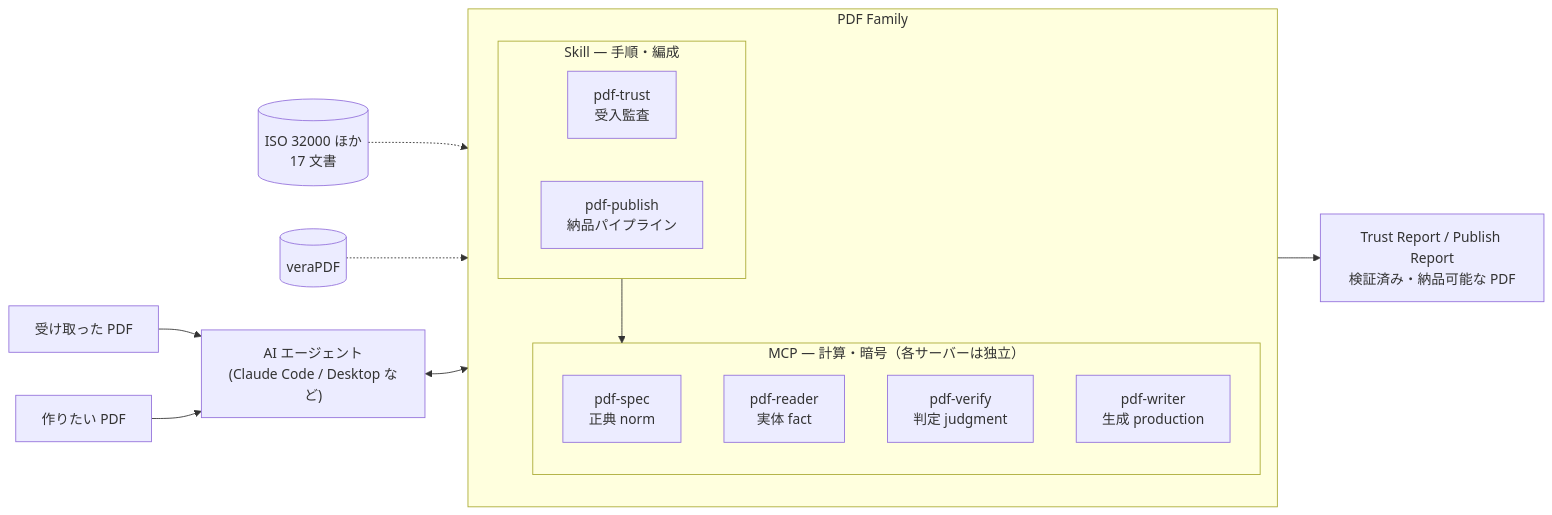
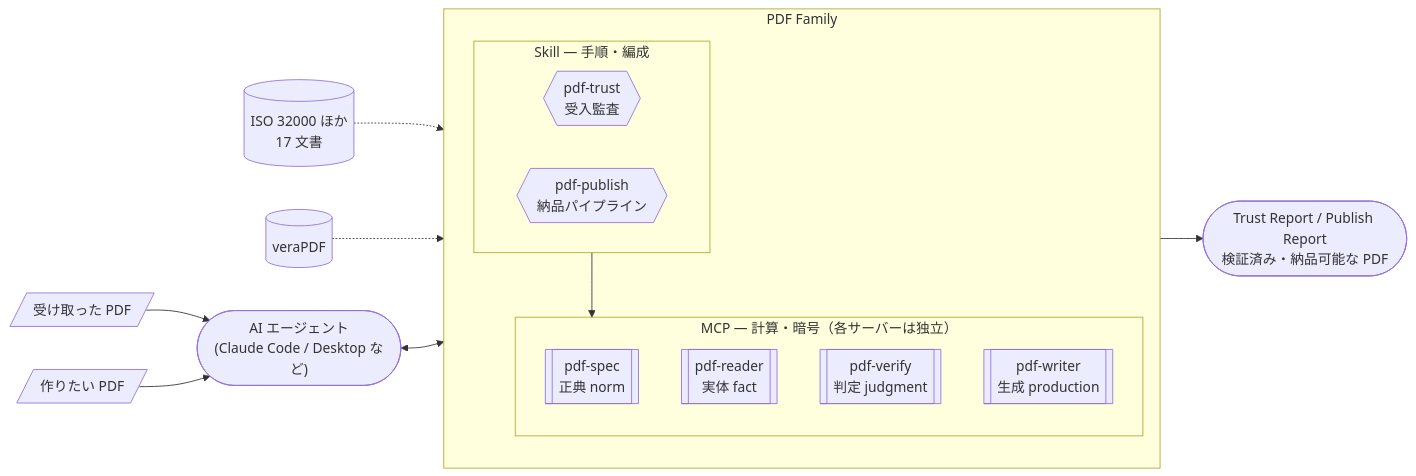
Before and after one commit to shuji-bonji/pdf-agent-stack: the first of 2 diagrams in site/docs/ja/guide/architecture.md, drawn with Mermaid. The commit also changed other lines of this file and 10 other files, not shown here.

Commit message:
fix: Mermaid図を改良

````diff
--- a/site/docs/ja/guide/architecture.md
+++ b/site/docs/ja/guide/architecture.md
@@ -11,27 +11,27 @@
 ```mermaid
 graph LR
-  AGENT["AI エージェント<br>(Claude Code / Desktop など)"]
+  AGENT(["AI エージェント<br>(Claude Code / Desktop など)"])
 
   subgraph FAMILY["PDF Family"]
     direction TB
     subgraph SKILL["Skill — 手順・編成"]
-      TRUST["pdf-trust<br>受入監査"]
-      PUBLISH["pdf-publish<br>納品パイプライン"]
+      TRUST{{"pdf-trust<br>受入監査"}}
+      PUBLISH{{"pdf-publish<br>納品パイプライン"}}
     end
     subgraph MCP["MCP — 計算・暗号（各サーバーは独立）"]
-      SPEC["pdf-spec<br>正典 norm"]
-      READER["pdf-reader<br>実体 fact"]
-      VERIFY["pdf-verify<br>判定 judgment"]
-      WRITER["pdf-writer<br>生成 production"]
+      SPEC[["pdf-spec<br>正典 norm"]]
+      READER[["pdf-reader<br>実体 fact"]]
+      VERIFY[["pdf-verify<br>判定 judgment"]]
+      WRITER[["pdf-writer<br>生成 production"]]
     end
     SKILL --> MCP
   end
 
-  IN["受け取った PDF"] --> AGENT
-  NEED["作りたい PDF"] --> AGENT
+  IN[/"受け取った PDF"/] --> AGENT
+  NEED[/"作りたい PDF"/] --> AGENT
   AGENT <--> FAMILY
-  FAMILY --> OUT["Trust Report / Publish Report<br>検証済み・納品可能な PDF"]
+  FAMILY --> OUT(["Trust Report / Publish Report<br>検証済み・納品可能な PDF"])
 
   SPECDOC[("ISO 32000 ほか<br>17 文書")] -.-> SPEC
   VERA[("veraPDF")] -.-> VERIFY
 ```
````
